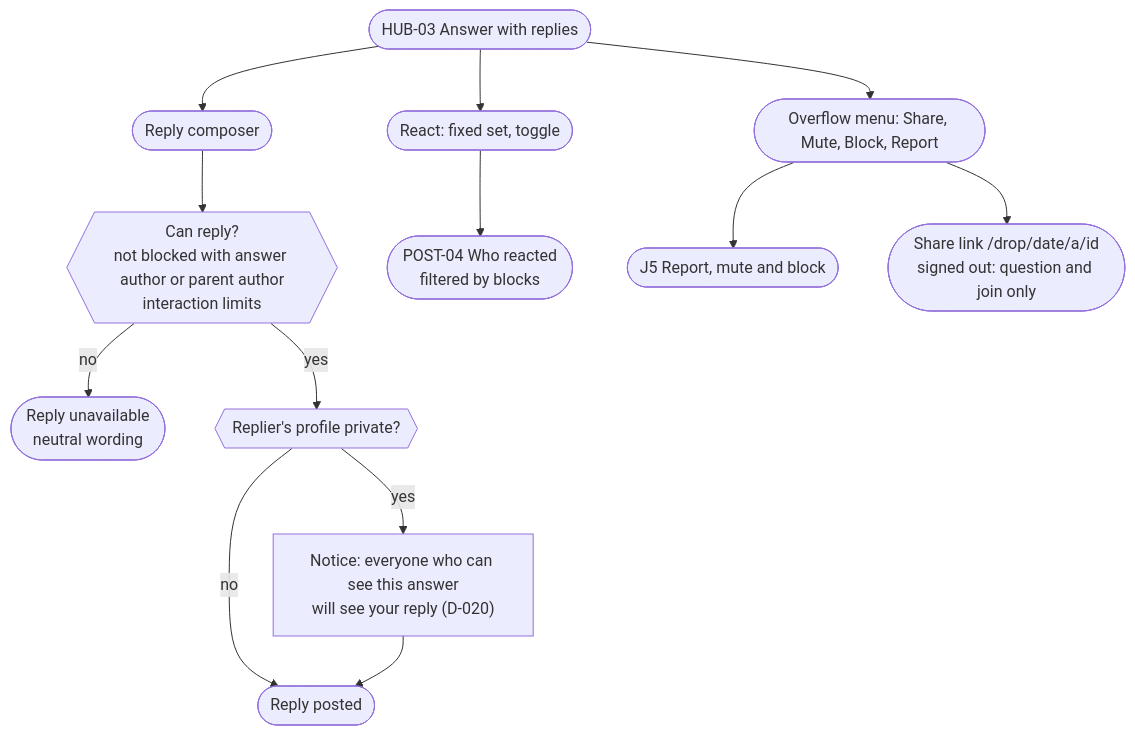
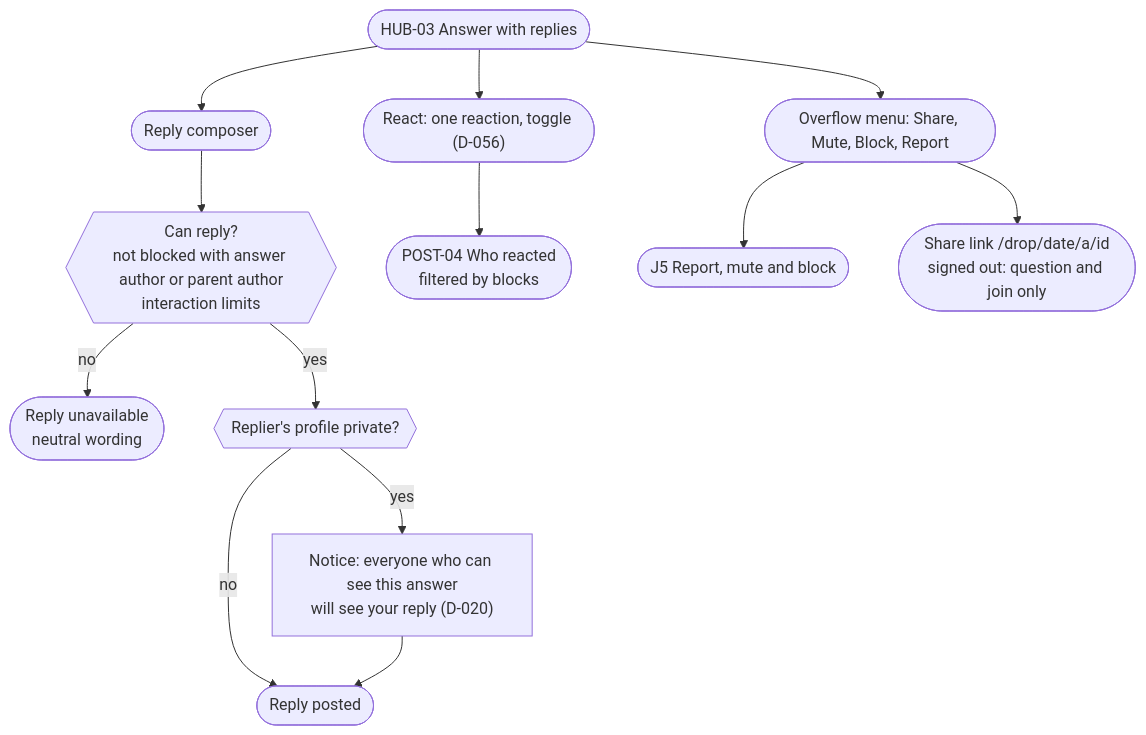
The second of 4 diagrams in docs/design/journeys/j3-daily-drop.md (MARKO2807/grooverift), drawn with Mermaid before and after one commit. The commit also changed other lines of this file and 10 other files, not shown here.

First line of the commit message:
design: one icon-only reaction, "Sviđa mi se" (D-056); resolve OQ-13

````diff
--- a/docs/design/journeys/j3-daily-drop.md
+++ b/docs/design/journeys/j3-daily-drop.md
@@ -44,15 +44,15 @@
 ```mermaid
 flowchart TD
   a(["HUB-03 Answer with replies"]) --> r(["Reply composer"])
   r --> rv{{"Can reply?<br/>not blocked with answer author or parent author<br/>interaction limits"}}
   rv -- no --> rno(["Reply unavailable<br/>neutral wording"])
   rv -- yes --> rpriv{{"Replier's profile private?"}}
   rpriv -- yes --> rn["Notice: everyone who can see this answer<br/>will see your reply (D-020)"]
   rpriv -- no --> rp
   rn --> rp(["Reply posted"])
-  a --> re(["React: fixed set, toggle"])
+  a --> re(["React: one reaction, toggle (D-056)"])
   re --> who(["POST-04 Who reacted<br/>filtered by blocks"])
   a --> menu(["Overflow menu: Share, Mute, Block, Report"])
   menu --> j5(["J5 Report, mute and block"])
   menu --> sh(["Share link /drop/date/a/id<br/>signed out: question and join only"])
 ```
````
